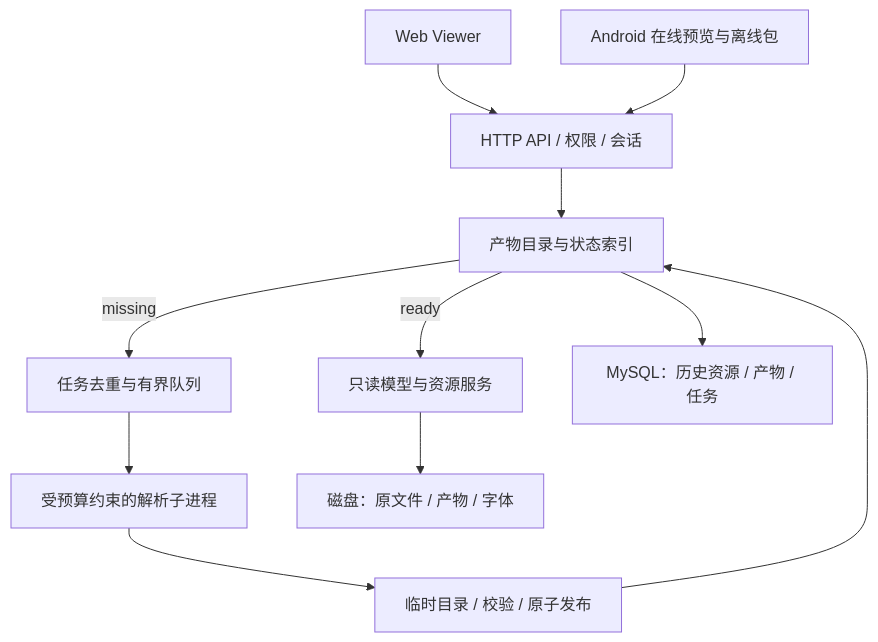
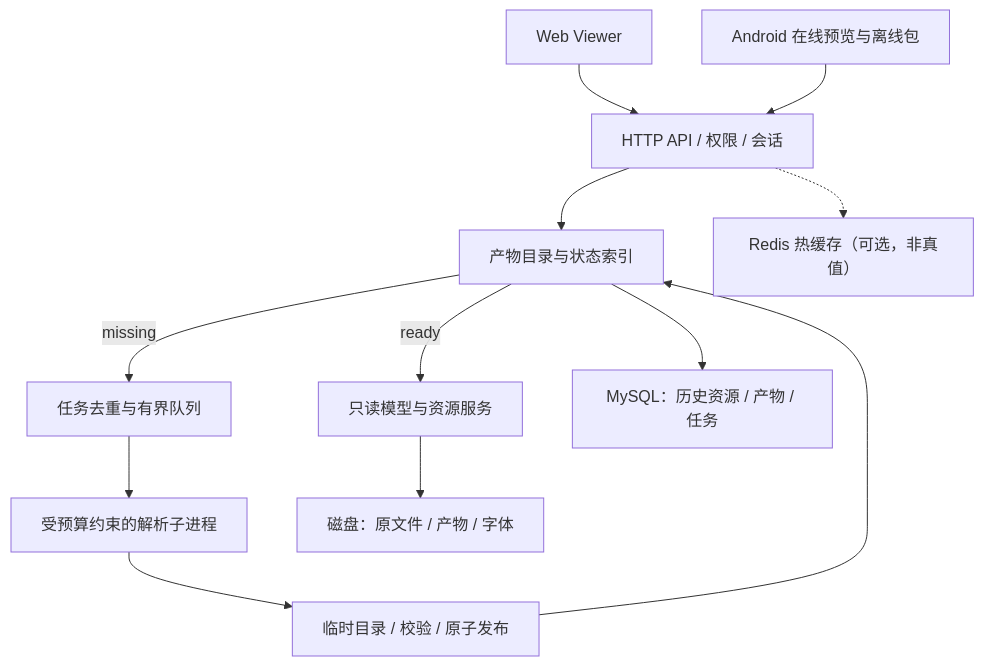
One commit to WD-CHINA/genoffice changed the diagram in docs/parse-persistence-optimization.zh-CN.md. Above: the diagram before and after it, drawn with Mermaid. The commit also changed other lines of this file and 1 other file, not shown here.

Commit message:
docs(plan): 新增可选 Redis 热缓存层

````diff
--- a/docs/parse-persistence-optimization.zh-CN.md
+++ b/docs/parse-persistence-optimization.zh-CN.md
@@ -37,13 +37,14 @@
 ```mermaid
 flowchart TD
   W[Web Viewer] --> API[HTTP API / 权限 / 会话]
   A[Android 在线预览与离线包] --> API
   API --> C[产物目录与状态索引]
   C -->|ready| R[只读模型与资源服务]
   C -->|missing| Q[任务去重与有界队列]
   Q --> P[受预算约束的解析子进程]
   P --> S[临时目录 / 校验 / 原子发布]
   S --> C
   R --> D[磁盘：原文件 / 产物 / 字体]
   C --> M[MySQL：历史资源 / 产物 / 任务]
+  API -.-> RC[Redis 热缓存（可选，非真值）]
 ```
````
